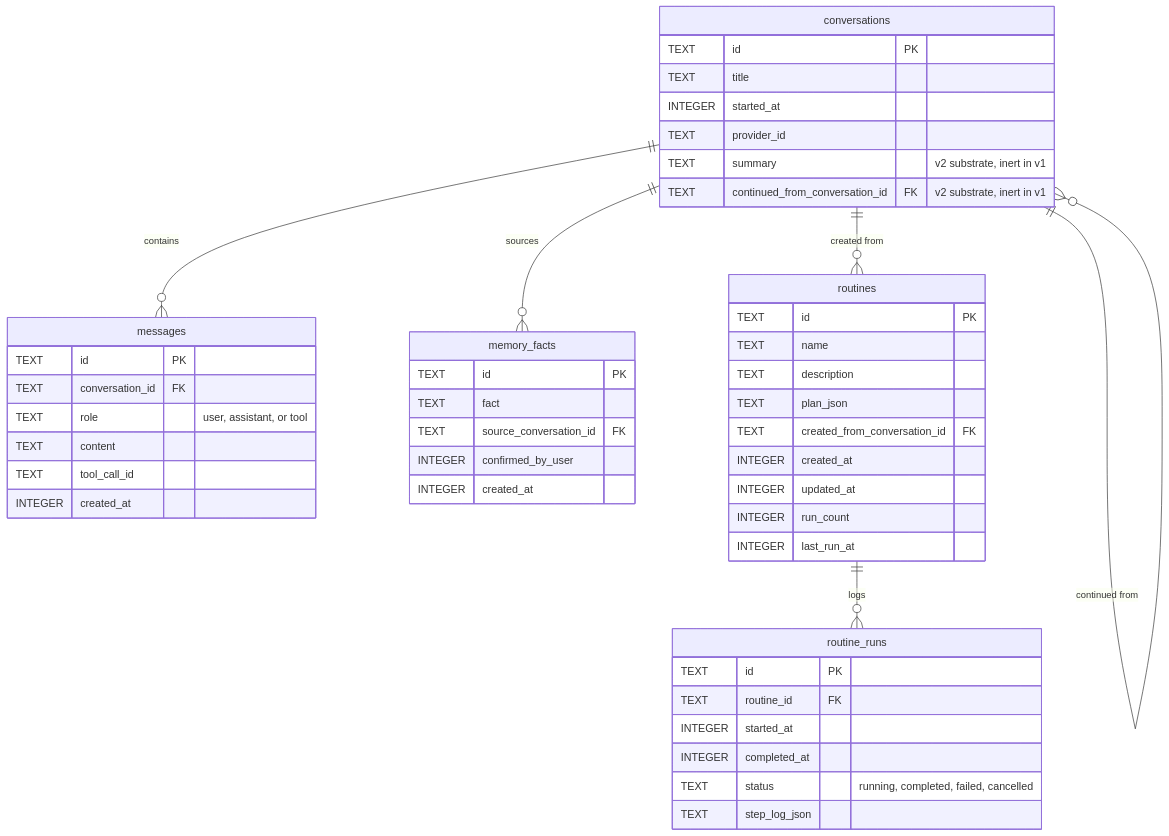
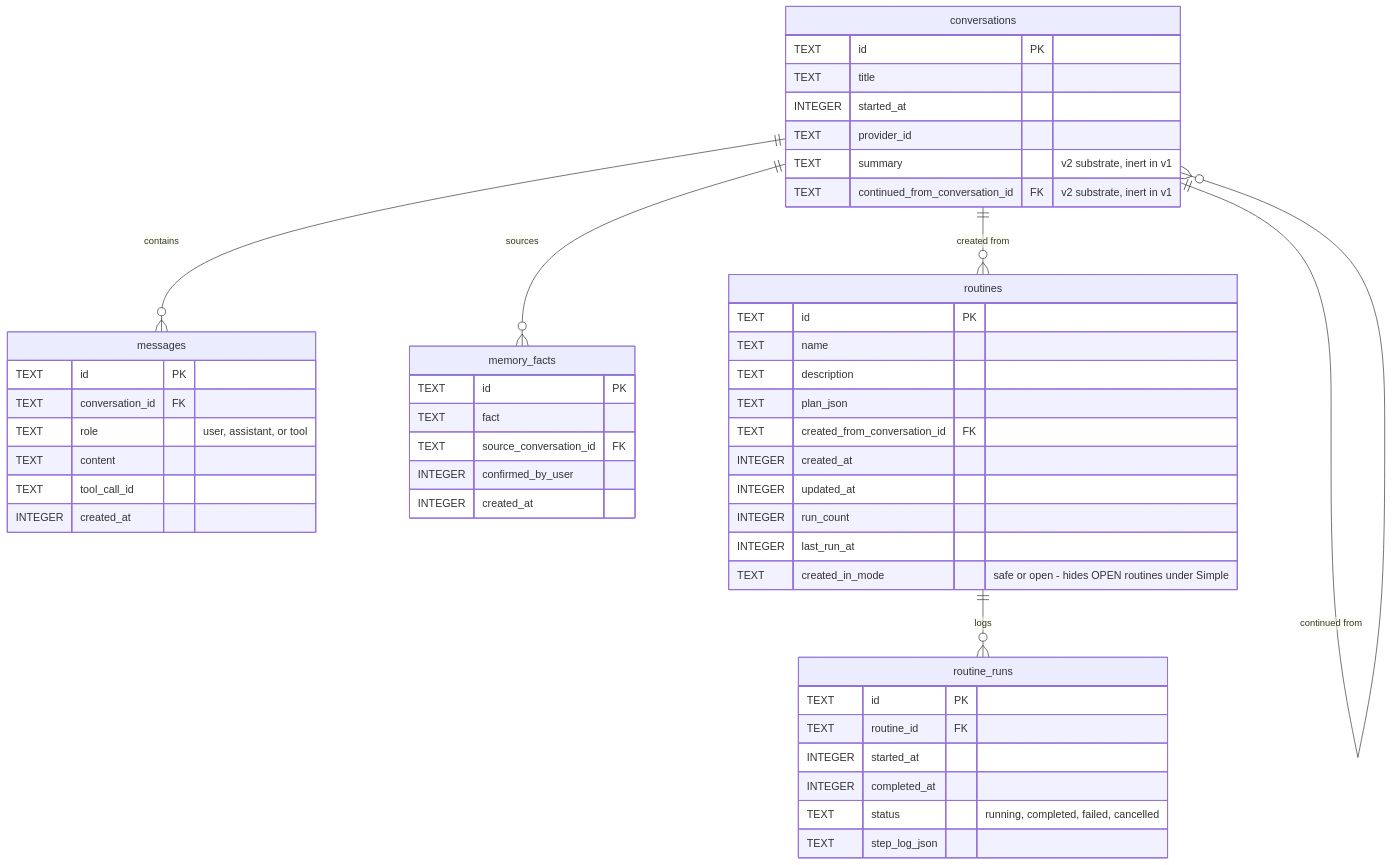
One commit to N041M/Addison changed the first of 3 diagrams in docs/data-model.md. Above: the diagram before and after it, drawn with Mermaid. The commit also changed other lines of this file and 17 other files, not shown here.

````diff
--- a/docs/data-model.md
+++ b/docs/data-model.md
@@ -26,51 +28,52 @@
 ```mermaid
 erDiagram
     conversations ||--o{ messages : contains
     conversations ||--o{ memory_facts : sources
     conversations ||--o{ routines : "created from"
     conversations ||--o{ conversations : "continued from"
     routines ||--o{ routine_runs : logs
 
     conversations {
         TEXT id PK
         TEXT title
         INTEGER started_at
         TEXT provider_id
         TEXT summary "v2 substrate, inert in v1"
         TEXT continued_from_conversation_id FK "v2 substrate, inert in v1"
     }
     messages {
         TEXT id PK
         TEXT conversation_id FK
         TEXT role "user, assistant, or tool"
         TEXT content
         TEXT tool_call_id
         INTEGER created_at
     }
     memory_facts {
         TEXT id PK
         TEXT fact
         TEXT source_conversation_id FK
         INTEGER confirmed_by_user
         INTEGER created_at
     }
     routines {
         TEXT id PK
         TEXT name
         TEXT description
         TEXT plan_json
         TEXT created_from_conversation_id FK
         INTEGER created_at
         INTEGER updated_at
         INTEGER run_count
         INTEGER last_run_at
+        TEXT created_in_mode "safe or open - hides OPEN routines under Simple"
     }
     routine_runs {
         TEXT id PK
         TEXT routine_id FK
         INTEGER started_at
         INTEGER completed_at
         TEXT status "running, completed, failed, cancelled"
         TEXT step_log_json
     }
 ```
````
